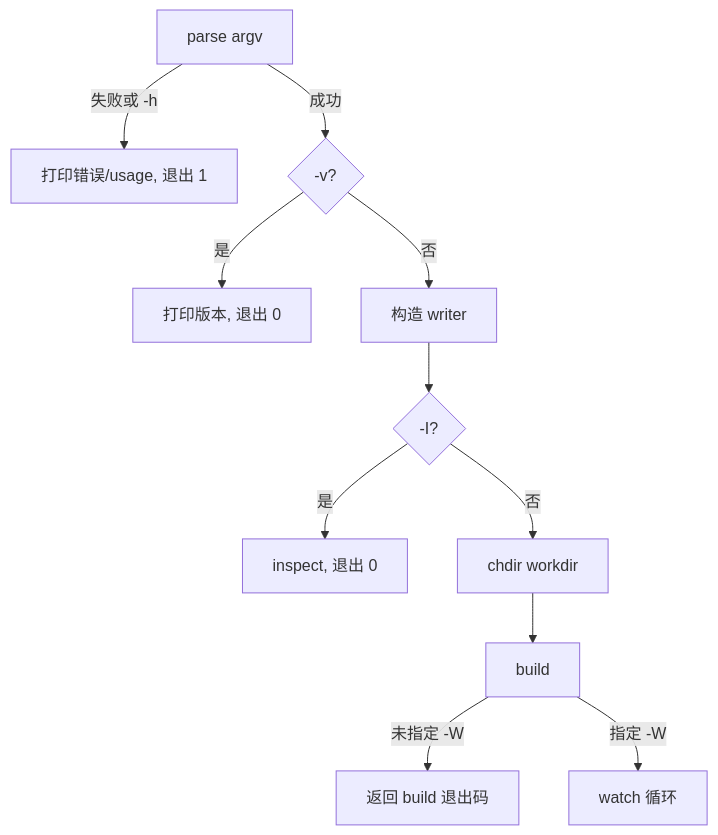
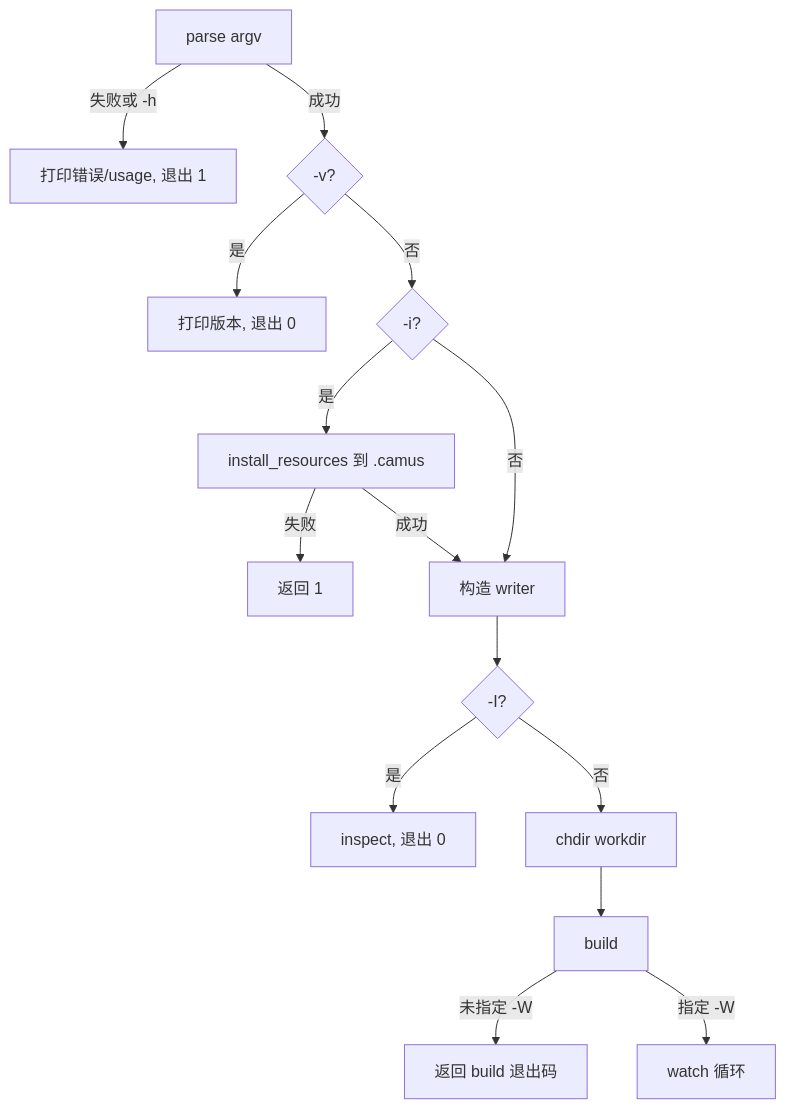
One commit to o8x/camus changed the diagram in docs/prd/02-command-line.md. Above: the diagram before and after it, drawn with Mermaid. The commit also changed other lines of this file and 17 other files, not shown here.

Commit message:
feat: add --install for local .camus resources

````diff
--- a/docs/prd/02-command-line.md
+++ b/docs/prd/02-command-line.md
@@ -39,13 +41,17 @@
 ```mermaid
 flowchart TD
     P[parse argv] -->|失败或 -h| H[打印错误/usage, 退出 1]
     P -->|成功| V{-v?}
     V -->|是| VO[打印版本, 退出 0]
-    V -->|否| C[构造 writer]
+    V -->|否| I{-i?}
+    I -->|是| INS[install_resources 到 .camus]
+    INS -->|失败| IF[返回 1]
+    INS -->|成功| C[构造 writer]
+    I -->|否| C
     C --> Q{-I?}
     Q -->|是| INSP[inspect, 退出 0]
     Q -->|否| WD[chdir workdir]
     WD --> B[build]
     B -->|未指定 -W| RET[返回 build 退出码]
     B -->|指定 -W| WA[watch 循环]
 ```
````
